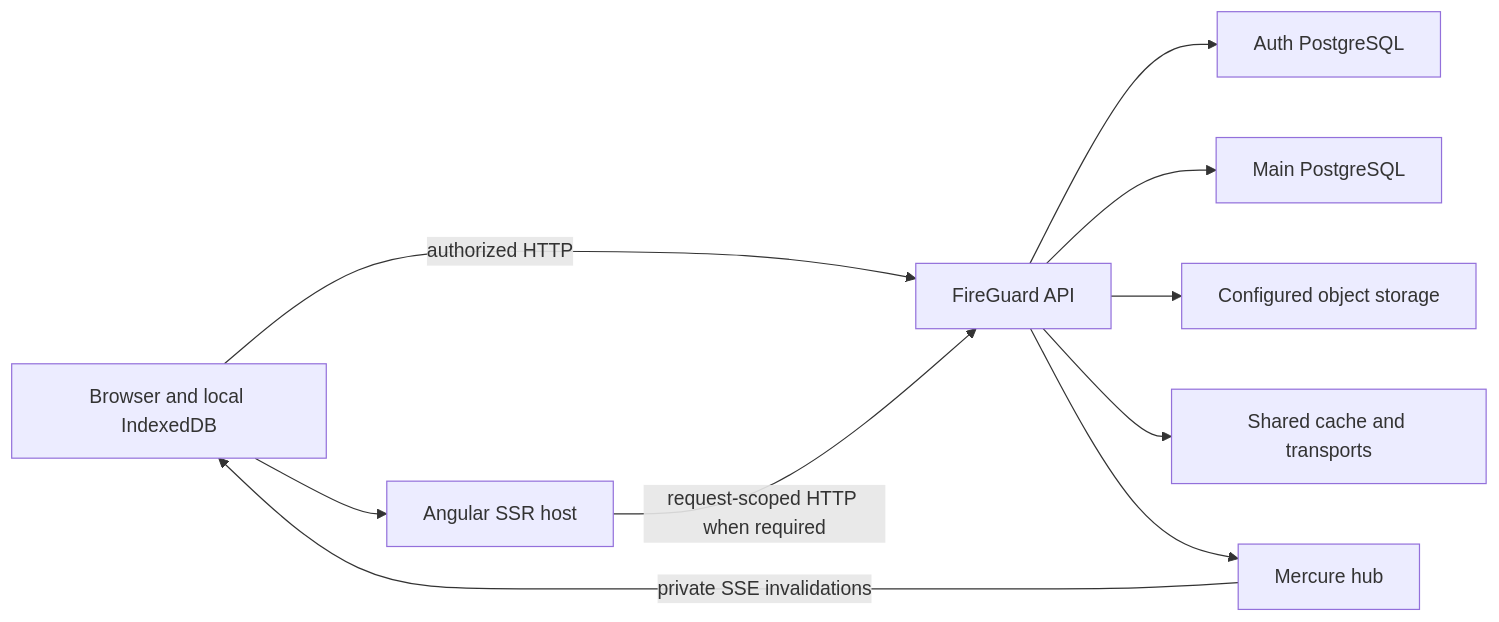
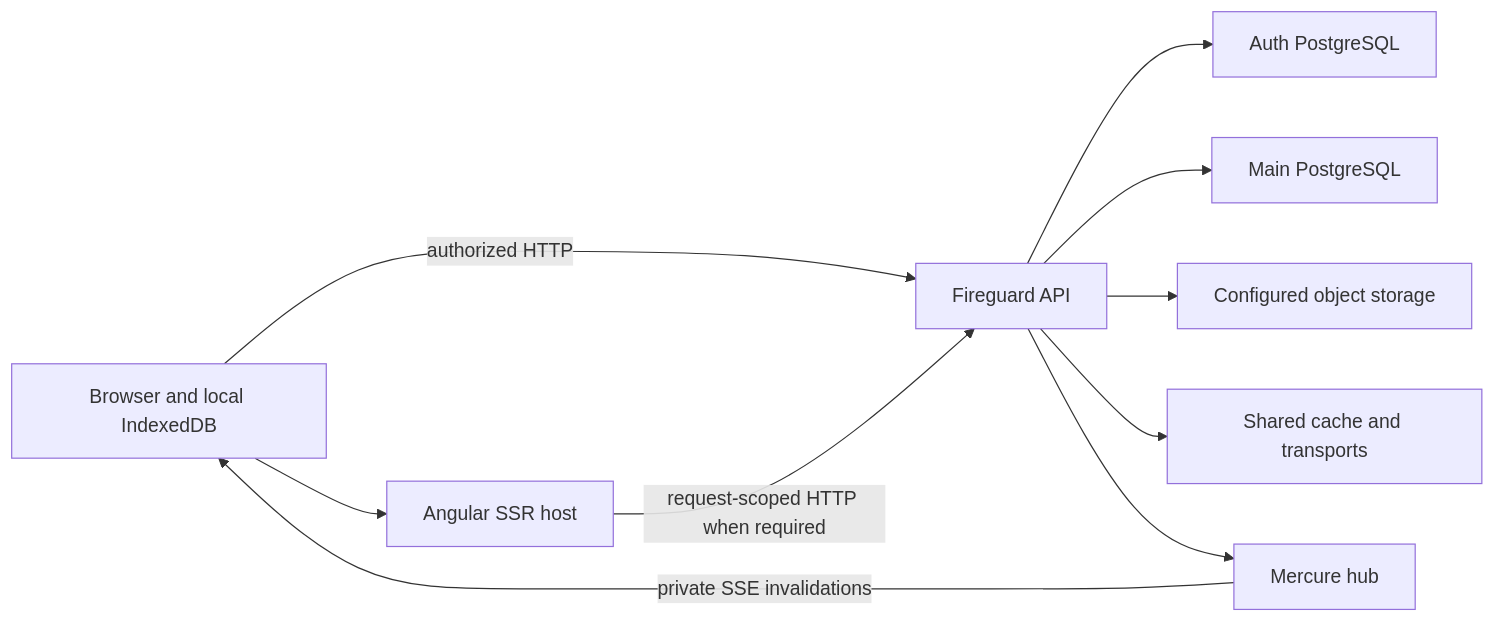
The diagram in docs/architecture/system-overview.md (DevSkyLex/fireguard-web), drawn with Mermaid before and after one commit. The commit also changed other lines of this file and 312 other files, not shown here.

````diff
--- a/docs/architecture/system-overview.md
+++ b/docs/architecture/system-overview.md
@@ -11,12 +11,12 @@
 ```mermaid
 flowchart LR
   Browser["Browser and local IndexedDB"] --> SSR["Angular SSR host"]
-  Browser -->|"authorized HTTP"| API["FireGuard API"]
+  Browser -->|"authorized HTTP"| API["Fireguard API"]
   SSR -->|"request-scoped HTTP when required"| API
   API --> Auth["Auth PostgreSQL"]
   API --> Main["Main PostgreSQL"]
   API --> Storage["Configured object storage"]
   API --> Cache["Shared cache and transports"]
   API --> Hub["Mercure hub"]
   Hub -->|"private SSE invalidations"| Browser
 ```
````
